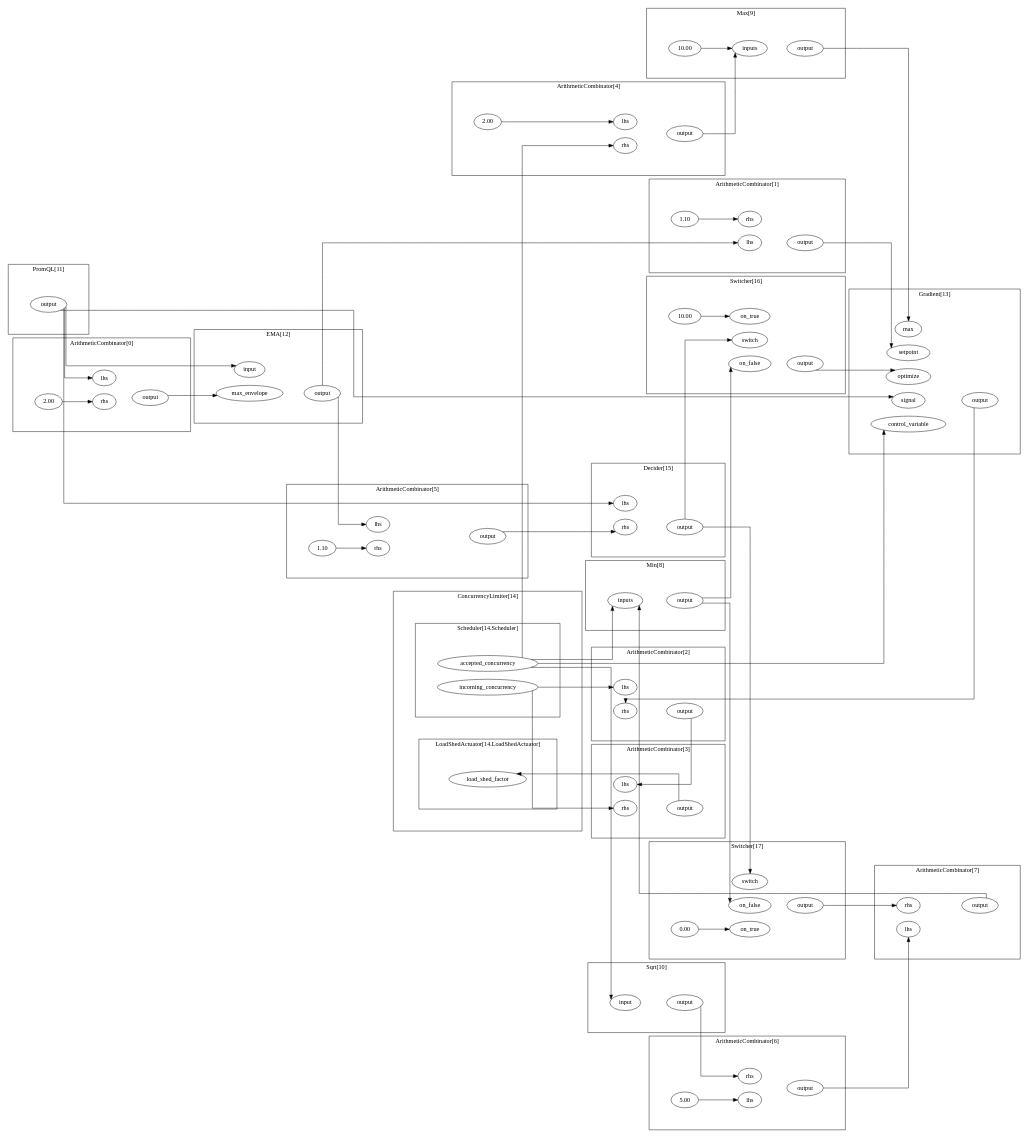
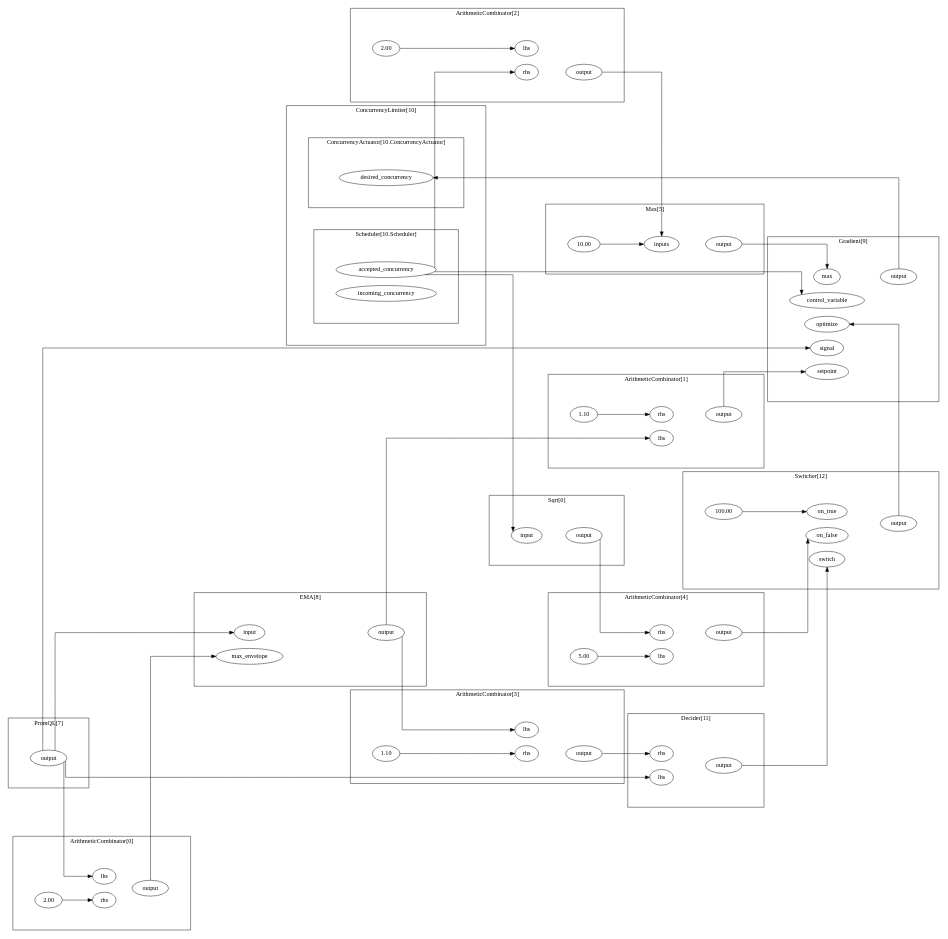
Before and after one commit to fluxninja/aperture: the diagram in blueprints/blueprints/latency-gradient/example/gen/graph/graph.dot, drawn with Graphviz. The commit also changed 14 other files, not shown here.

```diff
--- a/blueprints/blueprints/latency-gradient/example/gen/graph/graph.dot
+++ b/blueprints/blueprints/latency-gradient/example/gen/graph/graph.dot
@@ -13,222 +13,160 @@
 	}
 	subgraph cluster_s6 {
 		label="ArithmeticCombinator[1]";margin="50.0";
-		n8[label="1.10"];
-		n9[label="lhs"];
+		n9[label="1.10"];
+		n7[label="lhs"];
 		n10[label="output"];
-		n7[label="rhs"];
-		n8->n7;
-		n9->n10[style="invis"];
-		{rank=same; n7;n9;};
+		n8[label="rhs"];
+		n9->n8;
+		n8->n10[style="invis"];
+		{rank=same; n7;n8;};
 		{rank=same; n10;};
 		
 	}
 	subgraph cluster_s11 {
 		label="ArithmeticCombinator[2]";margin="50.0";
+		n13[label="2.00"];
 		n12[label="lhs"];
-		n14[label="output"];
-		n13[label="rhs"];
-		n13->n14[style="invis"];
-		{rank=same; n12;n13;};
-		{rank=same; n14;};
+		n15[label="output"];
+		n14[label="rhs"];
+		n13->n12;
+		n14->n15[style="invis"];
+		{rank=same; n12;n14;};
+		{rank=same; n15;};
 		
 	}
-	subgraph cluster_s15 {
+	subgraph cluster_s16 {
 		label="ArithmeticCombinator[3]";margin="50.0";
-		n16[label="lhs"];
-		n18[label="output"];
-		n17[label="rhs"];
-		n17->n18[style="invis"];
-		{rank=same; n18;};
-		{rank=same; n16;n17;};
+		n19[label="1.10"];
+		n17[label="lhs"];
+		n20[label="output"];
+		n18[label="rhs"];
+		n19->n18;
+		n18->n20[style="invis"];
+		{rank=same; n17;n18;};
+		{rank=same; n20;};
 		
 	}
-	subgraph cluster_s19 {
+	subgraph cluster_s21 {
 		label="ArithmeticCombinator[4]";margin="50.0";
-		n21[label="2.00"];
-		n20[label="lhs"];
-		n23[label="output"];
-		n22[label="rhs"];
-		n21->n20;
-		n22->n23[style="invis"];
-		{rank=same; n20;n22;};
-		{rank=same; n23;};
+		n23[label="5.00"];
+		n22[label="lhs"];
+		n25[label="output"];
+		n24[label="rhs"];
+		n23->n22;
+		n24->n25[style="invis"];
+		{rank=same; n22;n24;};
+		{rank=same; n25;};
 		
 	}
-	subgraph cluster_s24 {
-		label="ArithmeticCombinator[5]";margin="50.0";
-		n27[label="1.10"];
-		n25[label="lhs"];
-		n28[label="output"];
-		n26[label="rhs"];
-		n27->n26;
-		n26->n28[style="invis"];
-		{rank=same; n25;n26;};
-		{rank=same; n28;};
+	subgraph cluster_s46 {
+		subgraph cluster_s50 {
+			label="ConcurrencyActuator[10.ConcurrencyActuator]";margin="50.0";
+			n51[label="desired_concurrency"];
+			{rank=same; n51;};
+			
+		}
+		subgraph cluster_s47 {
+			label="Scheduler[10.Scheduler]";margin="50.0";
+			n48[label="accepted_concurrency"];
+			n49[label="incoming_concurrency"];
+			{rank=same; n48;n49;};
+			
+		}
+		label="ConcurrencyLimiter[10]";margin="50.0";
 		
 	}
-	subgraph cluster_s29 {
-		label="ArithmeticCombinator[6]";margin="50.0";
-		n32[label="5.00"];
-		n31[label="lhs"];
-		n33[label="output"];
-		n30[label="rhs"];
-		n32->n31;
-		n31->n33[style="invis"];
-		{rank=same; n30;n31;};
-		{rank=same; n33;};
+	subgraph cluster_s52 {
+		label="Decider[11]";margin="50.0";
+		n54[label="lhs"];
+		n55[label="output"];
+		n53[label="rhs"];
+		n54->n55[style="invis"];
+		{rank=same; n55;};
+		{rank=same; n53;n54;};
 		
 	}
-	subgraph cluster_s34 {
-		label="ArithmeticCombinator[7]";margin="50.0";
-		n35[label="lhs"];
-		n37[label="output"];
-		n36[label="rhs"];
-		n36->n37[style="invis"];
-		{rank=same; n35;n36;};
-		{rank=same; n37;};
+	subgraph cluster_s35 {
+		label="EMA[8]";margin="50.0";
+		n37[label="input"];
+		n36[label="max_envelope"];
+		n38[label="output"];
+		n37->n38[style="invis"];
+		{rank=same; n36;n37;};
+		{rank=same; n38;};
 		
 	}
-	subgraph cluster_s61 {
-		subgraph cluster_s65 {
-			label="LoadShedActuator[14.LoadShedActuator]";margin="50.0";
-			n66[label="load_shed_factor"];
-			{rank=same; n66;};
-			
-		}
-		subgraph cluster_s62 {
-			label="Scheduler[14.Scheduler]";margin="50.0";
-			n63[label="accepted_concurrency"];
-			n64[label="incoming_concurrency"];
-			{rank=same; n63;n64;};
-			
-		}
-		label="ConcurrencyLimiter[14]";margin="50.0";
+	subgraph cluster_s39 {
+		label="Gradient[9]";margin="50.0";
+		n40[label="control_variable"];
+		n44[label="max"];
+		n43[label="optimize"];
+		n45[label="output"];
+		n42[label="setpoint"];
+		n41[label="signal"];
+		n44->n45[style="invis"];
+		{rank=same; n45;};
+		{rank=same; n40;n41;n42;n43;n44;};
 		
 	}
-	subgraph cluster_s67 {
-		label="Decider[15]";margin="50.0";
-		n68[label="lhs"];
-		n70[label="output"];
-		n69[label="rhs"];
-		n69->n70[style="invis"];
-		{rank=same; n68;n69;};
-		{rank=same; n70;};
+	subgraph cluster_s26 {
+		label="Max[5]";margin="50.0";
+		n28[label="10.00"];
+		n27[label="inputs"];
+		n29[label="output"];
+		n28->n27;
+		n27->n29[style="invis"];
+		{rank=same; n29;};
+		{rank=same; n27;n27;};
 		
 	}
-	subgraph cluster_s50 {
-		label="EMA[12]";margin="50.0";
-		n51[label="input"];
-		n52[label="max_envelope"];
-		n53[label="output"];
-		n52->n53[style="invis"];
-		{rank=same; n51;n52;};
-		{rank=same; n53;};
+	subgraph cluster_s33 {
+		label="PromQL[7]";margin="50.0";
+		n34[label="output"];
+		{rank=same; n34;};
 		
 	}
-	subgraph cluster_s54 {
-		label="Gradient[13]";margin="50.0";
-		n56[label="control_variable"];
-		n55[label="max"];
-		n59[label="optimize"];
-		n60[label="output"];
-		n58[label="setpoint"];
-		n57[label="signal"];
-		n59->n60[style="invis"];
-		{rank=same; n55;n56;n57;n58;n59;};
-		{rank=same; n60;};
+	subgraph cluster_s30 {
+		label="Sqrt[6]";margin="50.0";
+		n31[label="input"];
+		n32[label="output"];
+		n31->n32[style="invis"];
+		{rank=same; n31;};
+		{rank=same; n32;};
 		
 	}
-	subgraph cluster_s41 {
-		label="Max[9]";margin="50.0";
-		n43[label="10.00"];
-		n42[label="inputs"];
-		n44[label="output"];
-		n43->n42;
-		n42->n44[style="invis"];
-		{rank=same; n44;};
-		{rank=same; n42;n42;};
-		
-	}
-	subgraph cluster_s38 {
-		label="Min[8]";margin="50.0";
-		n39[label="inputs"];
-		n40[label="output"];
-		n39->n40[style="invis"];
-		{rank=same; n39;n39;};
-		{rank=same; n40;};
-		
-	}
-	subgraph cluster_s48 {
-		label="PromQL[11]";margin="50.0";
-		n49[label="output"];
-		{rank=same; n49;};
-		
-	}
-	subgraph cluster_s45 {
-		label="Sqrt[10]";margin="50.0";
-		n46[label="input"];
-		n47[label="output"];
-		n46->n47[style="invis"];
-		{rank=same; n47;};
-		{rank=same; n46;};
-		
-	}
-	subgraph cluster_s71 {
-		label="Switcher[16]";margin="50.0";
-		n74[label="10.00"];
-		n75[label="on_false"];
-		n73[label="on_true"];
-		n76[label="output"];
-		n72[label="switch"];
-		n74->n73;
-		n75->n76[style="invis"];
-		{rank=same; n72;n73;n75;};
-		{rank=same; n76;};
-		
-	}
-	subgraph cluster_s77 {
-		label="Switcher[17]";margin="50.0";
-		n80[label="0.00"];
-		n81[label="on_false"];
-		n79[label="on_true"];
-		n82[label="output"];
-		n78[label="switch"];
-		n80->n79;
-		n81->n82[style="invis"];
-		{rank=same; n82;};
-		{rank=same; n78;n79;n81;};
+	subgraph cluster_s56 {
+		label="Switcher[12]";margin="50.0";
+		n59[label="100.00"];
+		n60[label="on_false"];
+		n58[label="on_true"];
+		n61[label="output"];
+		n57[label="switch"];
+		n59->n58;
+		n60->n61[style="invis"];
+		{rank=same; n57;n58;n60;};
+		{rank=same; n61;};
 		
 	}
 	rankdir="LR";splines="ortho";
-	n63->n22;
-	n63->n39;
-	n63->n46;
-	n63->n56;
-	n64->n12;
-	n64->n17;
-	n60->n13;
-	n76->n59;
-	n18->n66;
-	n44->n55;
-	n37->n39;
-	n10->n58;
-	n23->n42;
-	n28->n69;
-	n33->n35;
-	n47->n30;
-	n49->n2;
-	n49->n51;
-	n49->n57;
-	n49->n68;
-	n82->n36;
-	n5->n52;
-	n14->n16;
-	n70->n72;
-	n70->n78;
-	n40->n75;
-	n40->n81;
-	n53->n9;
-	n53->n25;
+	n48->n14;
+	n48->n31;
+	n48->n40;
+	n10->n42;
+	n20->n53;
+	n32->n24;
+	n5->n36;
+	n25->n60;
+	n55->n57;
+	n61->n43;
+	n15->n27;
+	n29->n44;
+	n34->n2;
+	n34->n37;
+	n34->n41;
+	n34->n54;
+	n38->n7;
+	n38->n17;
+	n45->n51;
 	
 }
```
